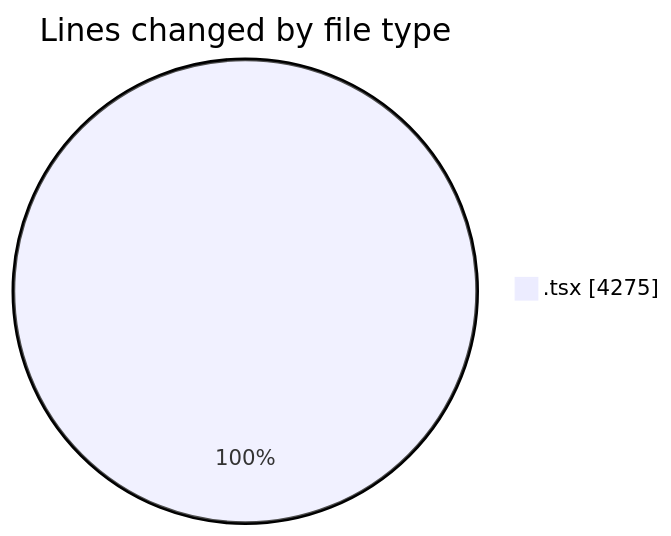
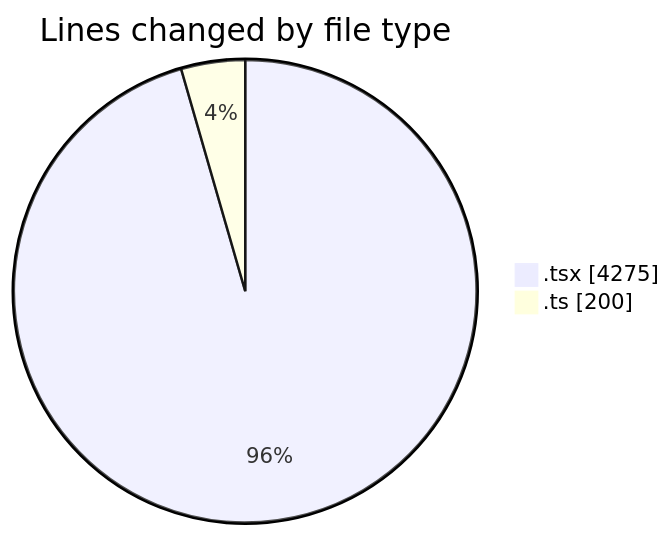
One commit to nxtqubesakshisongat/code-tracking changed the first of 2 diagrams in 2026-05-24/nxtqube_webapp/README.md. Above: the diagram before and after it, drawn with Mermaid. The commit also changed other lines of this file and 1 other file, not shown here.

````diff
--- a/2026-05-24/nxtqube_webapp/README.md
+++ b/2026-05-24/nxtqube_webapp/README.md
@@ -24,5 +25,6 @@
 ```mermaid
 pie showData
 title Lines changed by file type
 ".tsx" : 4275
+".ts" : 200
 ```
````
